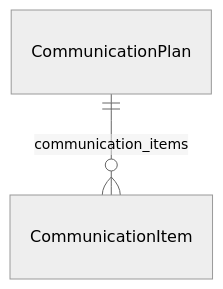
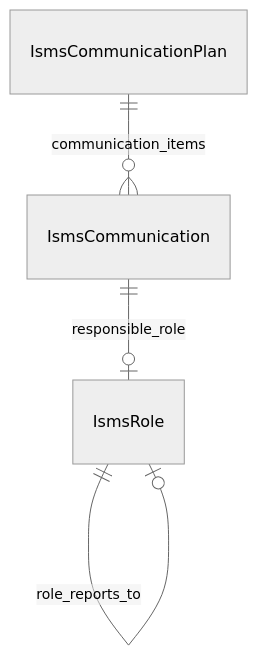
Before and after one commit to lmodel/iso27001: the ninth of 38 diagrams in project/markdown-datadict/iso27001.md, drawn with Mermaid (neutral theme). The commit also changed other lines of this file and 1056 other files, not shown here.

````diff
--- a/project/markdown-datadict/iso27001.md
+++ b/project/markdown-datadict/iso27001.md
@@ -1340,12 +1288,17 @@
 ```mermaid
 erDiagram
-CommunicationItem {
+IsmsCommunication {
 
 }
-CommunicationPlan {
+IsmsCommunicationPlan {
+
+}
+IsmsRole {
 
 }
 
-CommunicationPlan ||--}o CommunicationItem : "communication_items"
+IsmsCommunication ||--|o IsmsRole : "responsible_role"
+IsmsCommunicationPlan ||--}o IsmsCommunication : "communication_items"
+IsmsRole ||--|o IsmsRole : "role_reports_to"
 
 ```
````
